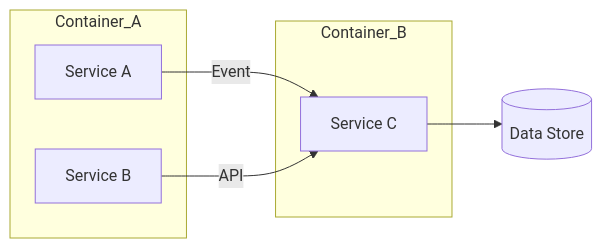
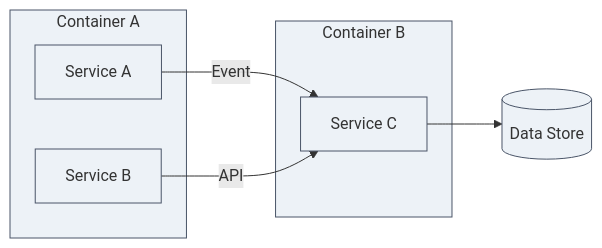
One commit to rkwai/the-way changed the diagram in agent-artifacts/product/prd-data-flow.md. Above: the diagram before and after it, drawn with Mermaid. The commit also changed other lines of this file and 2 other files, not shown here.

Commit message:
update README.md and add color coding to mermaid.js diagrams

````diff
--- a/agent-artifacts/product/prd-data-flow.md
+++ b/agent-artifacts/product/prd-data-flow.md
@@ -14,13 +14,28 @@
 ```mermaid
 flowchart LR
-    subgraph Container_A
+    classDef ok fill:#e6ffed,stroke:#047857,stroke-width:2px;
+    classDef caution fill:#fffbea,stroke:#b7791f,stroke-width:2px;
+    classDef risky fill:#fee2e2,stroke:#c53030,stroke-width:2px;
+    classDef neutral fill:#edf2f7,stroke:#4a5568,stroke-width:1px;
+
+    %% Update the containers/services and apply classes to show change risk.
+    %% Example: class ServiceNew ok;  linkStyle 0 stroke:#047857,stroke-width:2px;
+
+    subgraph Container_A[Container A]
         ServiceA[Service A]
         ServiceB[Service B]
     end
-    subgraph Container_B
+    subgraph Container_B[Container B]
         ServiceC[Service C]
     end
     ServiceA -->|Event| ServiceC
     ServiceB -->|API| ServiceC
     ServiceC --> DataStore[(Data Store)]
+
+    class Container_A neutral;
+    class Container_B neutral;
+    class ServiceA neutral;
+    class ServiceB neutral;
+    class ServiceC neutral;
+    class DataStore neutral;
 ```
````
